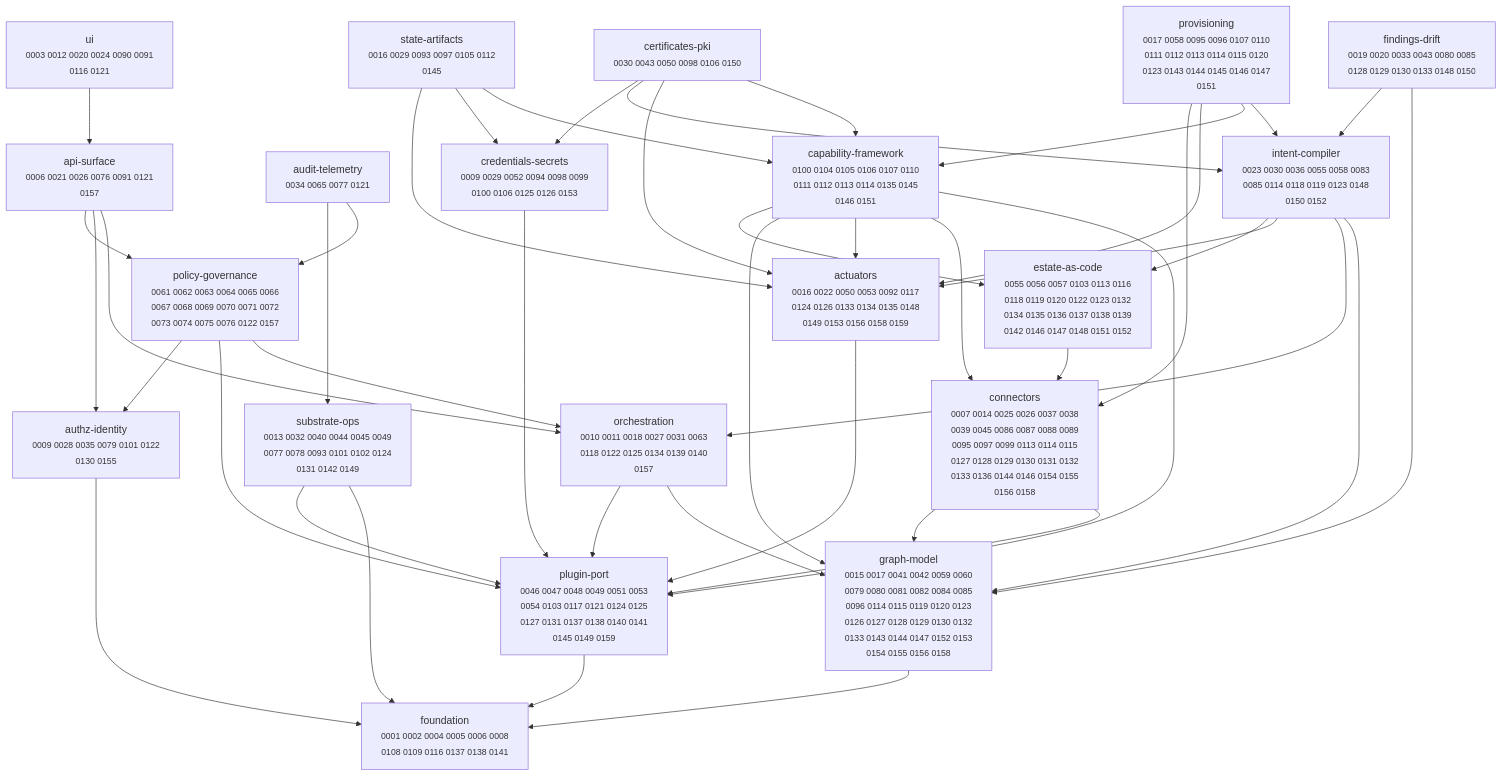
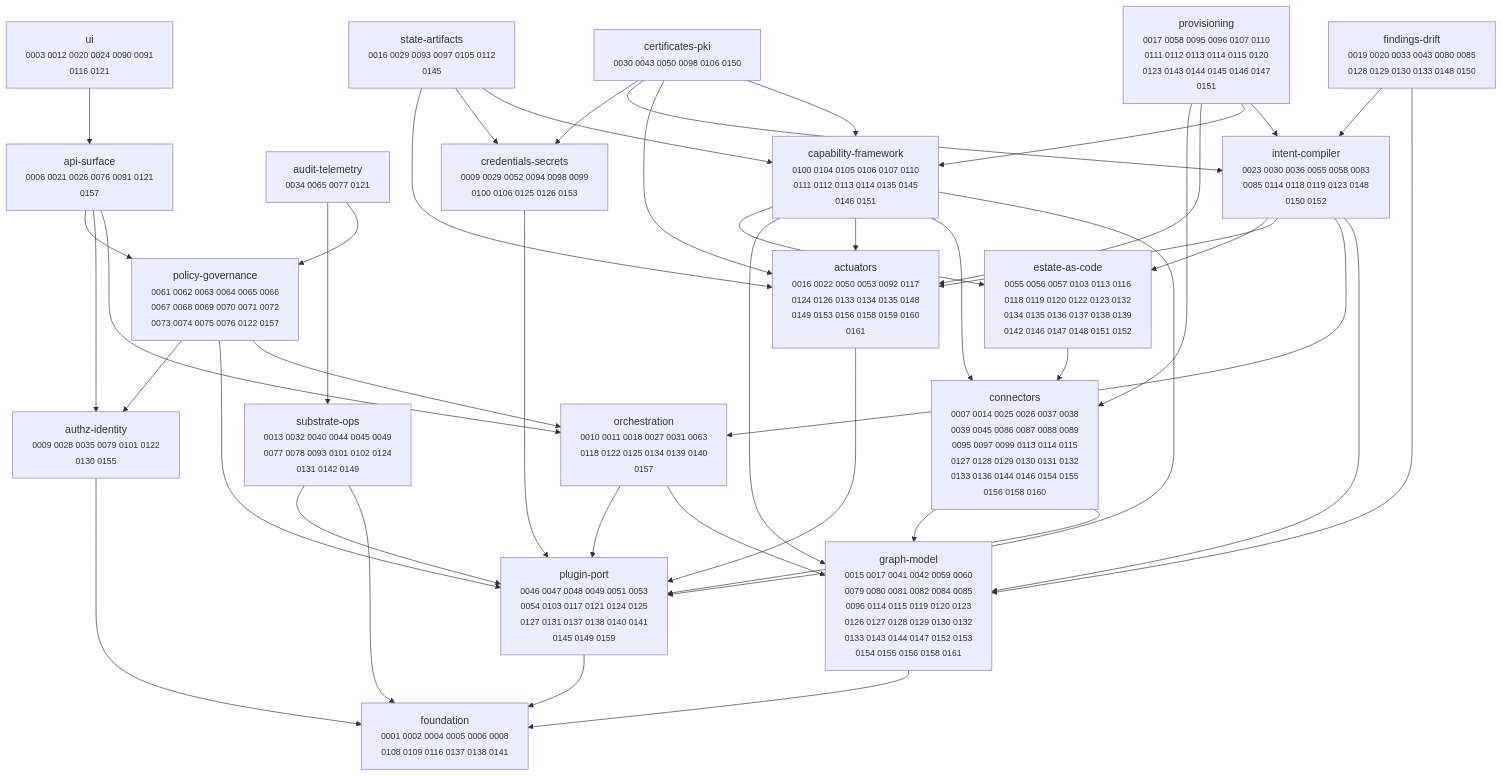
Before and after one commit to dstout-devops/stratt: the diagram in docs/adr/MAP.md, drawn with Mermaid. The commit also changed other lines of this file and 3 other files, not shown here.

````diff
--- a/docs/adr/MAP.md
+++ b/docs/adr/MAP.md
@@ -11,67 +11,67 @@
 ```mermaid
 graph TD
-  actuators["actuators<br/><small>0016 0022 0050 0053 0092 0117<br/>0124 0126 0133 0134 0135 0148<br/>0149 0153 0156 0158 0159</small>"]
+  actuators["actuators<br/><small>0016 0022 0050 0053 0092 0117<br/>0124 0126 0133 0134 0135 0148<br/>0149 0153 0156 0158 0159 0160<br/>0161</small>"]
   api_surface["api-surface<br/><small>0006 0021 0026 0076 0091 0121<br/>0157</small>"]
   audit_telemetry["audit-telemetry<br/><small>0034 0065 0077 0121</small>"]
   authz_identity["authz-identity<br/><small>0009 0028 0035 0079 0101 0122<br/>0130 0155</small>"]
   capability_framework["capability-framework<br/><small>0100 0104 0105 0106 0107 0110<br/>0111 0112 0113 0114 0135 0145<br/>0146 0151</small>"]
   certificates_pki["certificates-pki<br/><small>0030 0043 0050 0098 0106 0150</small>"]
-  connectors["connectors<br/><small>0007 0014 0025 0026 0037 0038<br/>0039 0045 0086 0087 0088 0089<br/>0095 0097 0099 0113 0114 0115<br/>0127 0128 0129 0130 0131 0132<br/>0133 0136 0144 0146 0154 0155<br/>0156 0158</small>"]
+  connectors["connectors<br/><small>0007 0014 0025 0026 0037 0038<br/>0039 0045 0086 0087 0088 0089<br/>0095 0097 0099 0113 0114 0115<br/>0127 0128 0129 0130 0131 0132<br/>0133 0136 0144 0146 0154 0155<br/>0156 0158 0160</small>"]
   credentials_secrets["credentials-secrets<br/><small>0009 0029 0052 0094 0098 0099<br/>0100 0106 0125 0126 0153</small>"]
   estate_as_code["estate-as-code<br/><small>0055 0056 0057 0103 0113 0116<br/>0118 0119 0120 0122 0123 0132<br/>0134 0135 0136 0137 0138 0139<br/>0142 0146 0147 0148 0151 0152</small>"]
   findings_drift["findings-drift<br/><small>0019 0020 0033 0043 0080 0085<br/>0128 0129 0130 0133 0148 0150</small>"]
   foundation["foundation<br/><small>0001 0002 0004 0005 0006 0008<br/>0108 0109 0116 0137 0138 0141</small>"]
-  graph_model["graph-model<br/><small>0015 0017 0041 0042 0059 0060<br/>0079 0080 0081 0082 0084 0085<br/>0096 0114 0115 0119 0120 0123<br/>0126 0127 0128 0129 0130 0132<br/>0133 0143 0144 0147 0152 0153<br/>0154 0155 0156 0158</small>"]
+  graph_model["graph-model<br/><small>0015 0017 0041 0042 0059 0060<br/>0079 0080 0081 0082 0084 0085<br/>0096 0114 0115 0119 0120 0123<br/>0126 0127 0128 0129 0130 0132<br/>0133 0143 0144 0147 0152 0153<br/>0154 0155 0156 0158 0161</small>"]
   intent_compiler["intent-compiler<br/><small>0023 0030 0036 0055 0058 0083<br/>0085 0114 0118 0119 0123 0148<br/>0150 0152</small>"]
   orchestration["orchestration<br/><small>0010 0011 0018 0027 0031 0063<br/>0118 0122 0125 0134 0139 0140<br/>0157</small>"]
   plugin_port["plugin-port<br/><small>0046 0047 0048 0049 0051 0053<br/>0054 0103 0117 0121 0124 0125<br/>0127 0131 0137 0138 0140 0141<br/>0145 0149 0159</small>"]
   policy_governance["policy-governance<br/><small>0061 0062 0063 0064 0065 0066<br/>0067 0068 0069 0070 0071 0072<br/>0073 0074 0075 0076 0122 0157</small>"]
   provisioning["provisioning<br/><small>0017 0058 0095 0096 0107 0110<br/>0111 0112 0113 0114 0115 0120<br/>0123 0143 0144 0145 0146 0147<br/>0151</small>"]
   state_artifacts["state-artifacts<br/><small>0016 0029 0093 0097 0105 0112<br/>0145</small>"]
   substrate_ops["substrate-ops<br/><small>0013 0032 0040 0044 0045 0049<br/>0077 0078 0093 0101 0102 0124<br/>0131 0142 0149</small>"]
   ui["ui<br/><small>0003 0012 0020 0024 0090 0091<br/>0116 0121</small>"]
 
   actuators --> plugin_port
   api_surface --> orchestration
   api_surface --> authz_identity
   api_surface --> policy_governance
   audit_telemetry --> policy_governance
   audit_telemetry --> substrate_ops
   authz_identity --> foundation
   capability_framework --> plugin_port
   capability_framework --> connectors
   capability_framework --> actuators
   capability_framework --> graph_model
   capability_framework --> estate_as_code
   certificates_pki --> capability_framework
   certificates_pki --> actuators
   certificates_pki --> intent_compiler
   certificates_pki --> credentials_secrets
   connectors --> plugin_port
   connectors --> graph_model
   credentials_secrets --> plugin_port
   estate_as_code --> connectors
   findings_drift --> graph_model
   findings_drift --> intent_compiler
   graph_model --> foundation
   intent_compiler --> graph_model
   intent_compiler --> orchestration
   intent_compiler --> actuators
   intent_compiler --> estate_as_code
   orchestration --> graph_model
   orchestration --> plugin_port
   plugin_port --> foundation
   policy_governance --> orchestration
   policy_governance --> plugin_port
   policy_governance --> authz_identity
   provisioning --> intent_compiler
   provisioning --> capability_framework
   provisioning --> actuators
   provisioning --> connectors
   state_artifacts --> capability_framework
   state_artifacts --> credentials_secrets
   state_artifacts --> actuators
   substrate_ops --> foundation
   substrate_ops --> plugin_port
   ui --> api_surface
 ```
````
